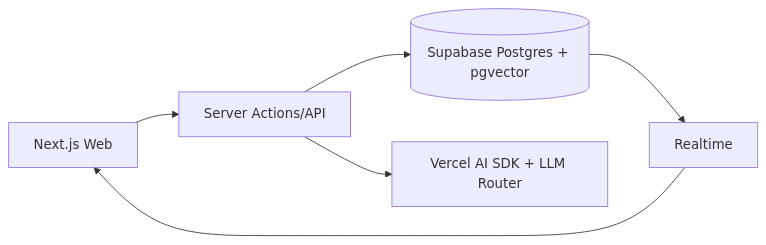
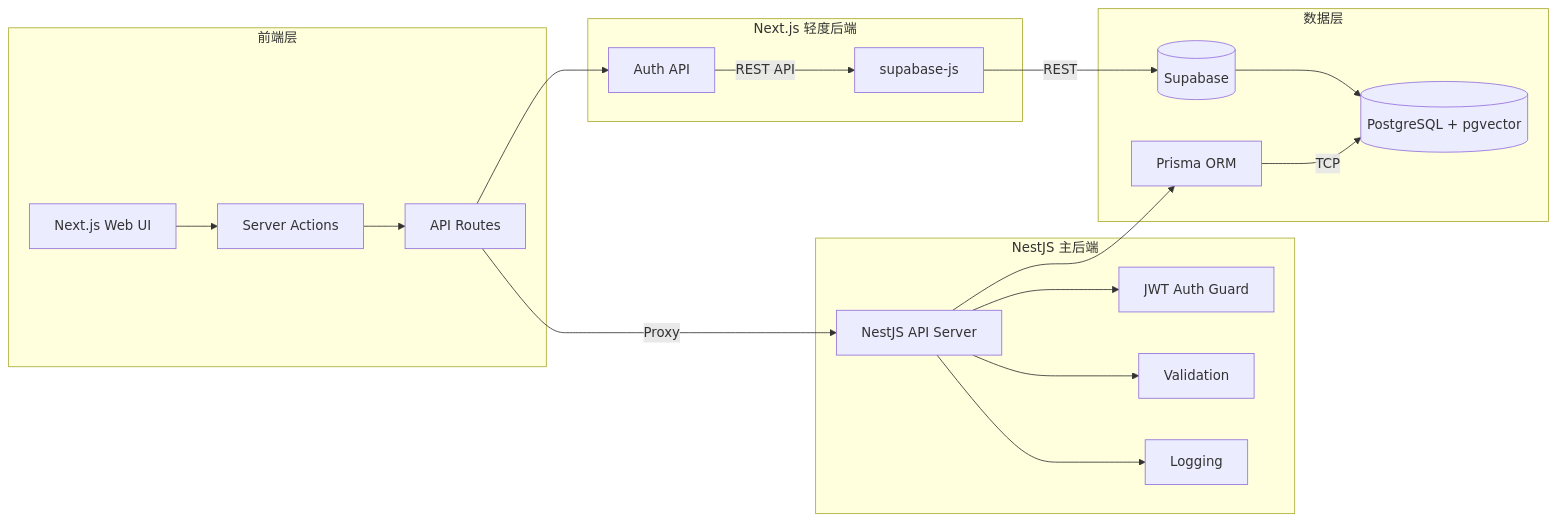
The first of 2 diagrams in .harness/knowledge/architecture/backend.md (AlkaidSTART/Doctor-copilot), drawn with Mermaid before and after one commit. The commit also changed other lines of this file and 43 other files, not shown here.

````diff
--- a/.harness/knowledge/architecture/backend.md
+++ b/.harness/knowledge/architecture/backend.md
@@ -9,8 +11,39 @@
 ```mermaid
 flowchart LR
-  UI[Next.js Web] --> SA[Server Actions/API]
-  SA --> SB[(Supabase Postgres + pgvector)]
-  SA --> AI[Vercel AI SDK + LLM Router]
-  SB --> RT[Realtime]
-  RT --> UI
+  subgraph 前端层
+    UI[Next.js Web UI]
+    SA[Server Actions]
+    API[API Routes]
+  end
+
+  subgraph Next.js 轻度后端
+    SBJS[supabase-js]
+    AUTH[Auth API]
+  end
+
+  subgraph NestJS 主后端
+    NEST[NestJS API Server]
+    JWT[JWT Auth Guard]
+    VALID[Validation]
+    LOG[Logging]
+  end
+
+  subgraph 数据层
+    PRISMA[Prisma ORM]
+    SB[(Supabase)]
+    PG[(PostgreSQL + pgvector)]
+  end
+
+  UI --> SA
+  SA --> API
+  API --> AUTH
+  AUTH -->|REST API| SBJS
+  SBJS -->|REST| SB
+  API -->|Proxy| NEST
+  NEST --> JWT
+  NEST --> VALID
+  NEST --> LOG
+  NEST --> PRISMA
+  PRISMA -->|TCP| PG
+  SB --> PG
 ```
````
